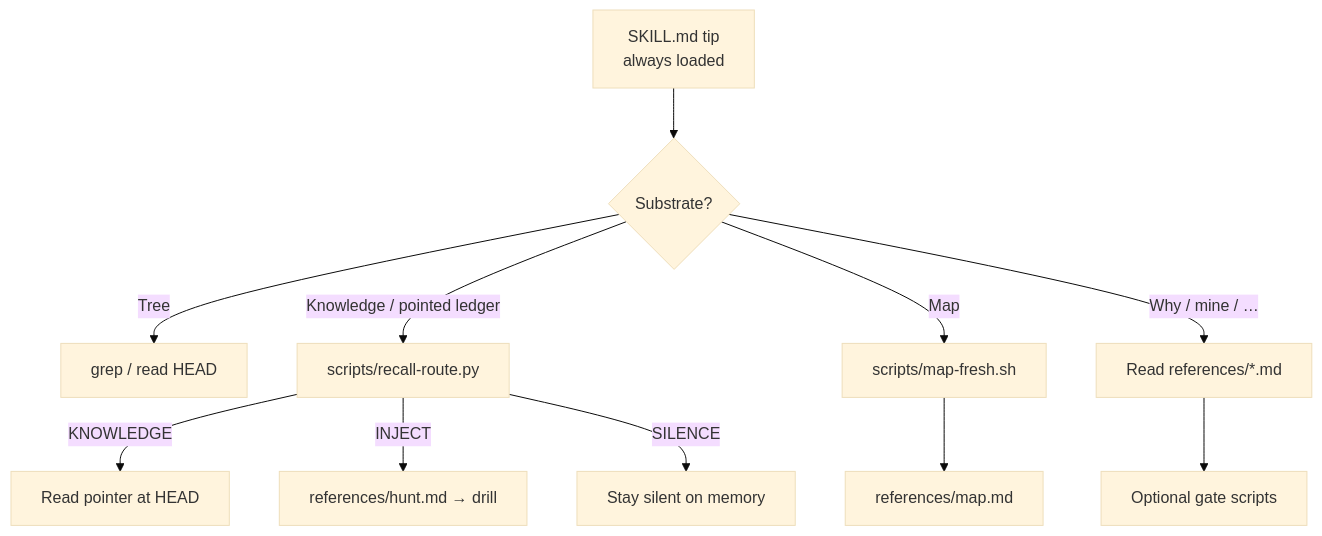
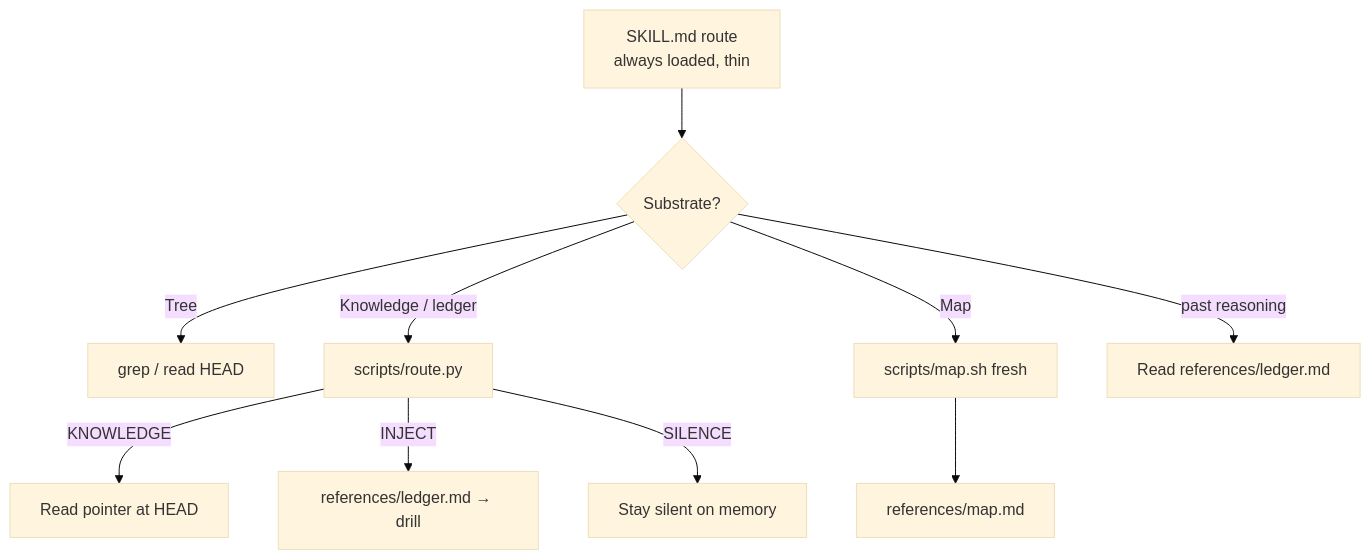
Before and after one commit to rekal-dev/rekal-cli: the first of 4 diagrams in docs/design/skill-router.md, drawn with Mermaid (base theme). The commit also changed other lines of this file and 25 other files, not shown here.

First line of the commit message:
skill: ground-up redesign — thin route, three homes (17 files -> 8)

````diff
--- a/docs/design/skill-router.md
+++ b/docs/design/skill-router.md
@@ -11,14 +17,13 @@
 ```mermaid
 flowchart TB
-  tip["SKILL.md tip<br/>always loaded"]
+  tip["SKILL.md route<br/>always loaded, thin"]
   tip --> triage{"Substrate?"}
   triage -->|Tree| grep["grep / read HEAD"]
-  triage -->|Knowledge / pointed ledger| route["scripts/recall-route.py"]
-  triage -->|Map| mapf["scripts/map-fresh.sh"]
-  triage -->|Why / mine / …| ref["Read references/*.md"]
+  triage -->|Knowledge / ledger| route["scripts/route.py"]
+  triage -->|Map| mapf["scripts/map.sh fresh"]
+  triage -->|past reasoning| ref["Read references/ledger.md"]
   route -->|KNOWLEDGE| readk["Read pointer at HEAD"]
-  route -->|INJECT| hunt["references/hunt.md → drill"]
+  route -->|INJECT| drill["references/ledger.md → drill"]
   route -->|SILENCE| quiet["Stay silent on memory"]
   mapf --> mapr["references/map.md"]
-  ref --> gates["Optional gate scripts"]
 ```
````
